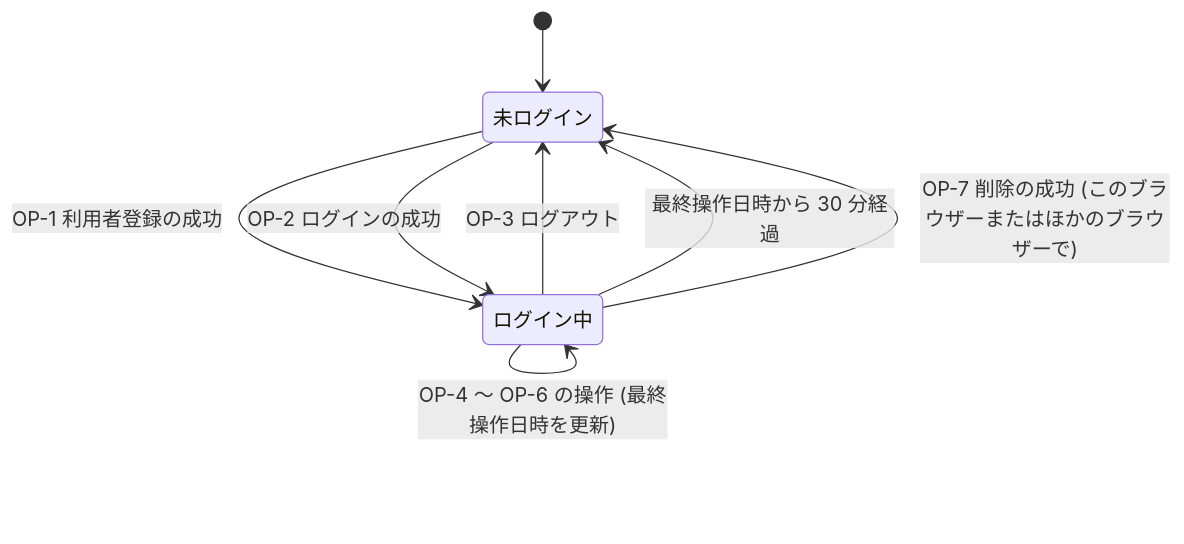
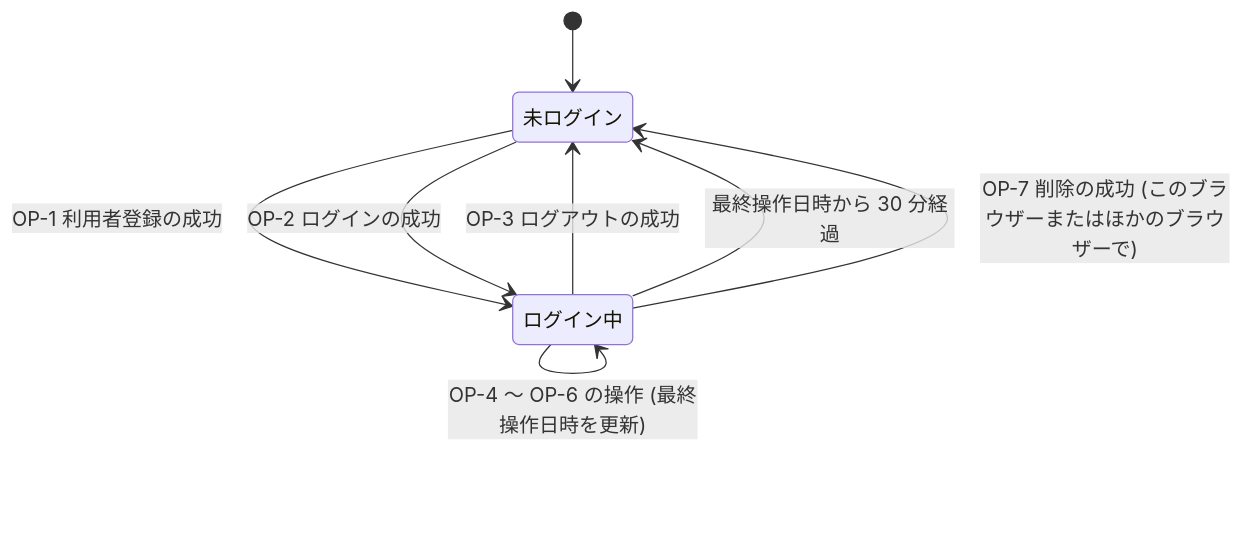
The first of 3 diagrams in docs/features/1-user-auth/specification.md (kyro-studios/web-application-template-sandbox), drawn with Mermaid before and after one commit. The commit also changed other lines of this file, not shown here.

````diff
--- a/docs/features/1-user-auth/specification.md
+++ b/docs/features/1-user-auth/specification.md
@@ -334,10 +338,10 @@
 ```mermaid
 stateDiagram-v2
     [*] --> 未ログイン
     未ログイン --> ログイン中: OP-1 利用者登録の成功
     未ログイン --> ログイン中: OP-2 ログインの成功
     ログイン中 --> ログイン中: OP-4 ～ OP-6 の操作 (最終操作日時を更新)
-    ログイン中 --> 未ログイン: OP-3 ログアウト
+    ログイン中 --> 未ログイン: OP-3 ログアウトの成功
     ログイン中 --> 未ログイン: 最終操作日時から 30 分経過
     ログイン中 --> 未ログイン: OP-7 削除の成功 (このブラウザーまたはほかのブラウザーで)
 ```
````
